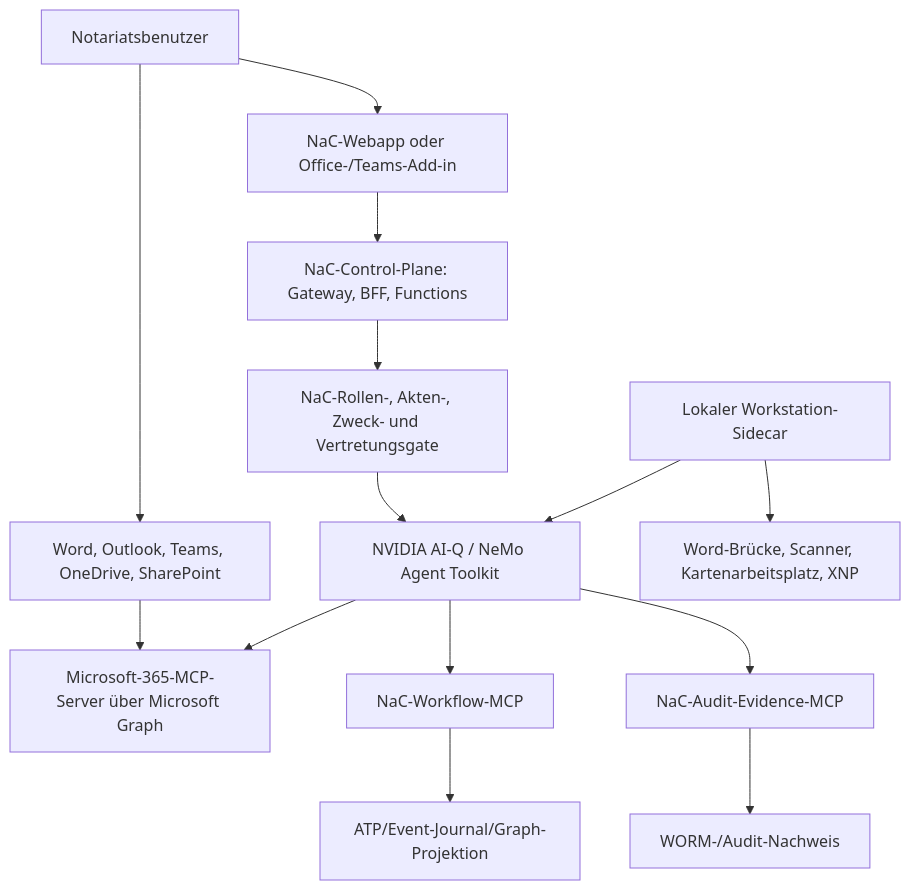
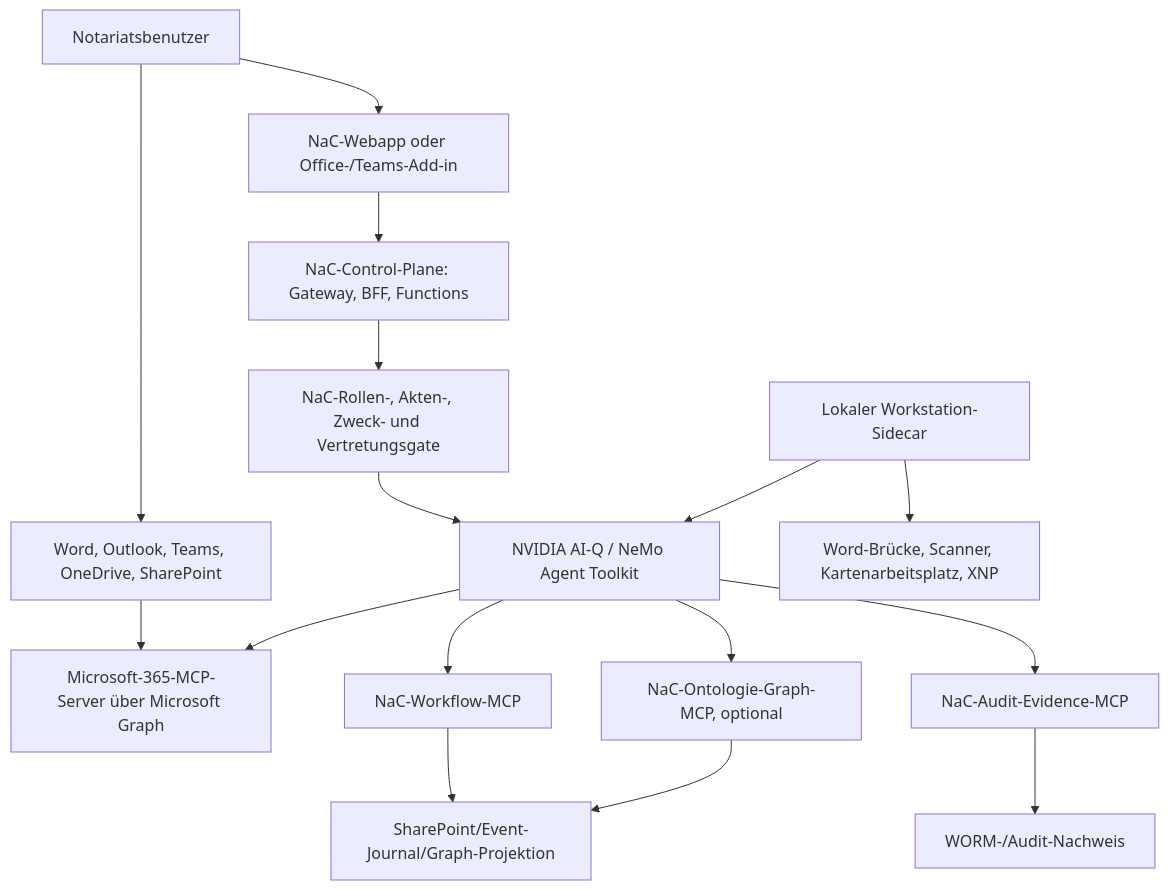
One commit to notariat8/NaC changed the diagram in docs/de/architecture/nemo-agent-toolkit-aiq-m365.md. Above: the diagram before and after it, drawn with Mermaid. The commit also changed other lines of this file and 49 other files, not shown here.

Commit message:
docs: align runbooks with M365 final architecture

````diff
--- a/docs/de/architecture/nemo-agent-toolkit-aiq-m365.md
+++ b/docs/de/architecture/nemo-agent-toolkit-aiq-m365.md
@@ -67,16 +67,18 @@
 ```mermaid
 flowchart TD
     User["Notariatsbenutzer"] --> Office["Word, Outlook, Teams, OneDrive, SharePoint"]
     Office --> M365Mcp["Microsoft-365-MCP-Server über Microsoft Graph"]
     User --> NacUi["NaC-Webapp oder Office-/Teams-Add-in"]
     NacUi --> Control["NaC-Control-Plane: Gateway, BFF, Functions"]
     Control --> Access["NaC-Rollen-, Akten-, Zweck- und Vertretungsgate"]
     Access --> Agent["NVIDIA AI-Q / NeMo Agent Toolkit"]
     Agent --> M365Mcp
     Agent --> WorkflowMcp["NaC-Workflow-MCP"]
     Agent --> AuditMcp["NaC-Audit-Evidence-MCP"]
-    WorkflowMcp --> Store["ATP/Event-Journal/Graph-Projektion"]
+    Agent --> OntologyMcp["NaC-Ontologie-Graph-MCP, optional"]
+    WorkflowMcp --> Store["SharePoint/Event-Journal/Graph-Projektion"]
+    OntologyMcp --> Store
     AuditMcp --> Evidence["WORM-/Audit-Nachweis"]
     Local["Lokaler Workstation-Sidecar"] --> Agent
     Local --> Devices["Word-Brücke, Scanner, Kartenarbeitsplatz, XNP"]
 ```
````
